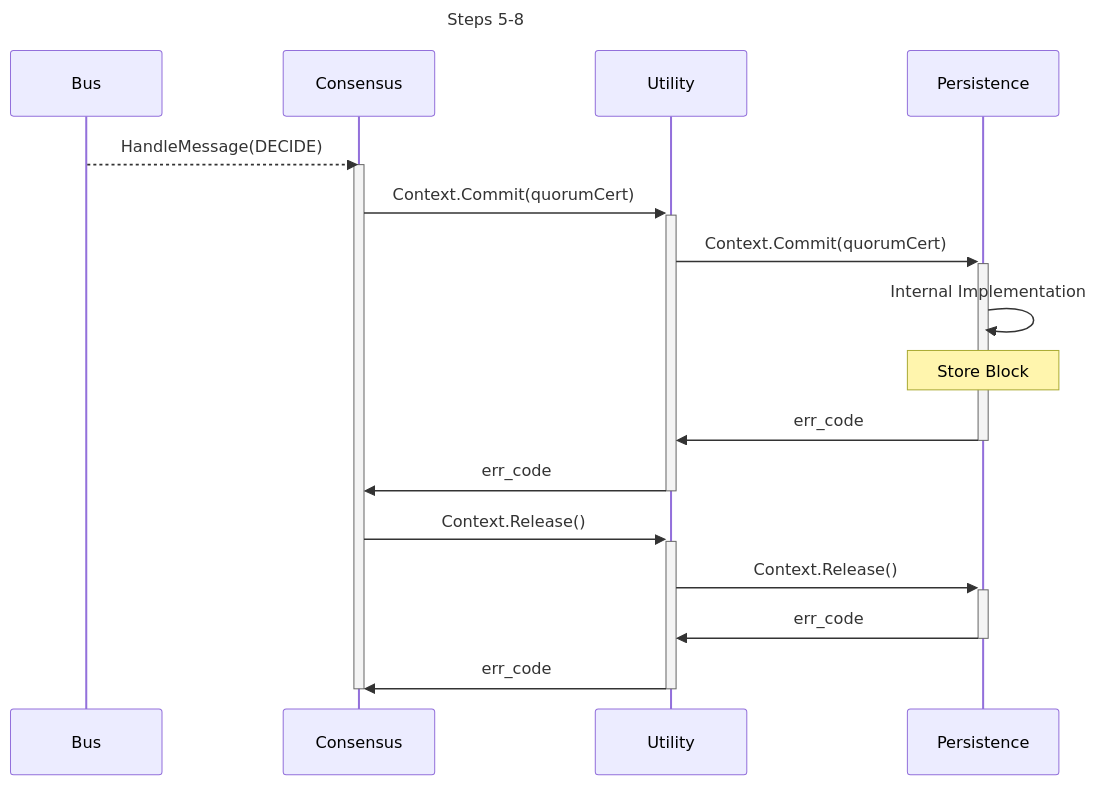
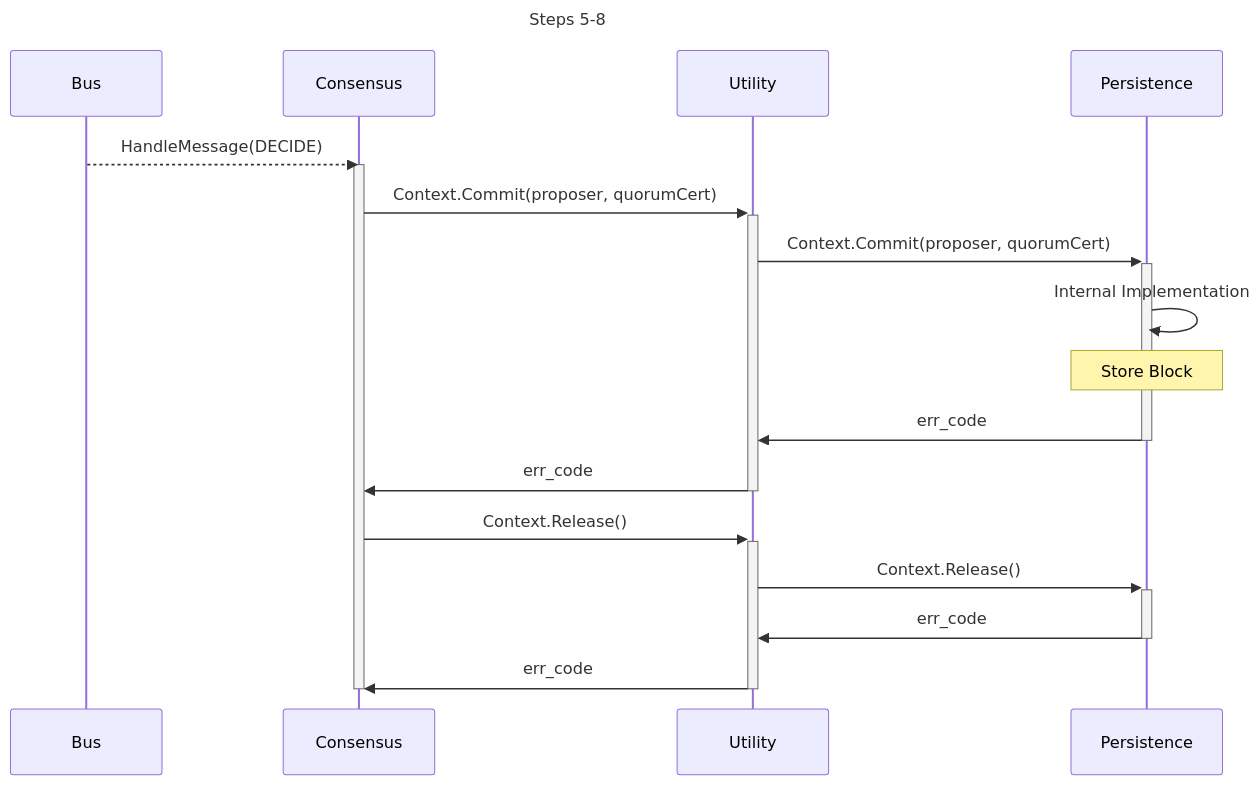
The second of 5 diagrams in shared/docs/PROTOCOL_STATE_HASH.md (pokt-network/pocket), drawn with Mermaid before and after one commit. The commit also changed other lines of this file and 6 other files, not shown here.

````diff
--- a/shared/docs/PROTOCOL_STATE_HASH.md
+++ b/shared/docs/PROTOCOL_STATE_HASH.md
@@ -63,28 +63,28 @@
 ```mermaid
 sequenceDiagram
     title Steps 5-8
     participant B as Bus
     participant C as Consensus
     participant U as Utility
     participant P as Persistence
 
     %% Handle New Message
     B-->>C: HandleMessage(DECIDE)
 
     activate C
     %% Commit Context
-    C->>+U: Context.Commit(quorumCert)
-    U->>+P: Context.Commit(quorumCert)
+    C->>+U: Context.Commit(proposer, quorumCert)
+    U->>+P: Context.Commit(proposer, quorumCert)
     P->>P: Internal Implementation
     Note over P: Store Block
     P->>-U: err_code
     U->>C: err_code
     deactivate U
 
     %% Release Context
     C->>+U: Context.Release()
     U->>+P: Context.Release()
     P->>-U: err_code
     U->>-C: err_code
     deactivate C
 ```
````
